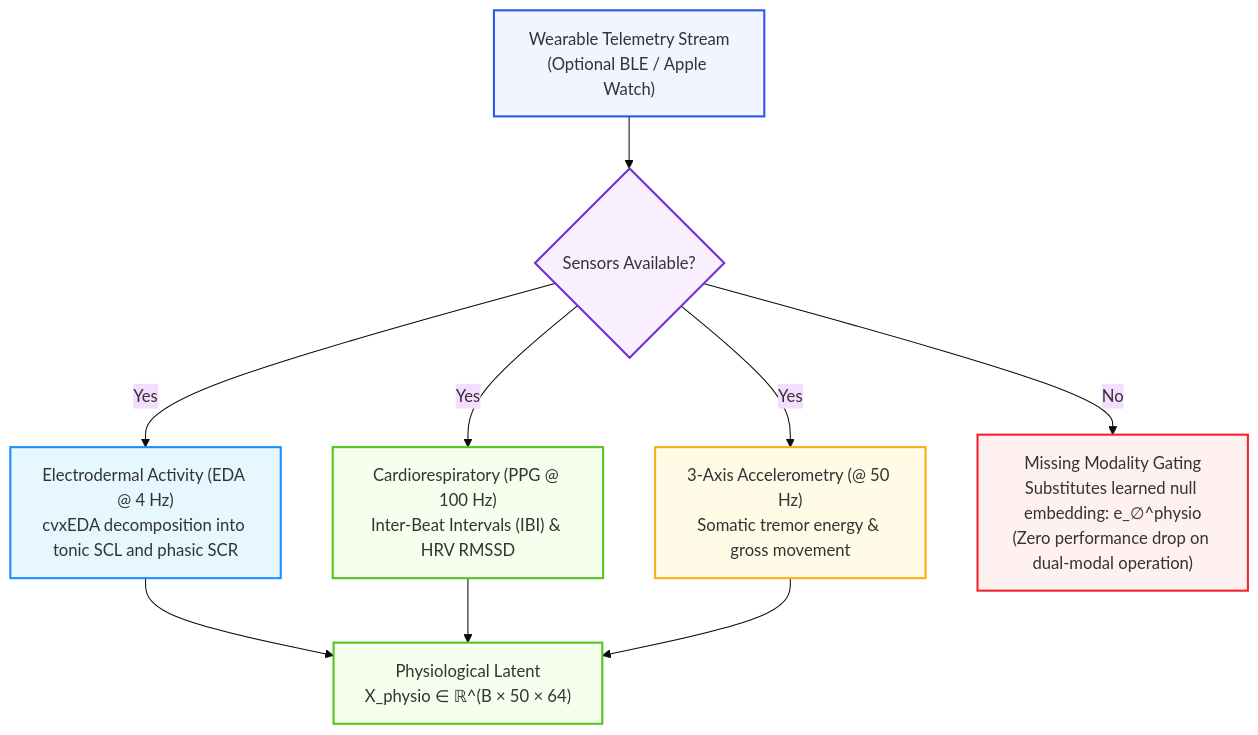
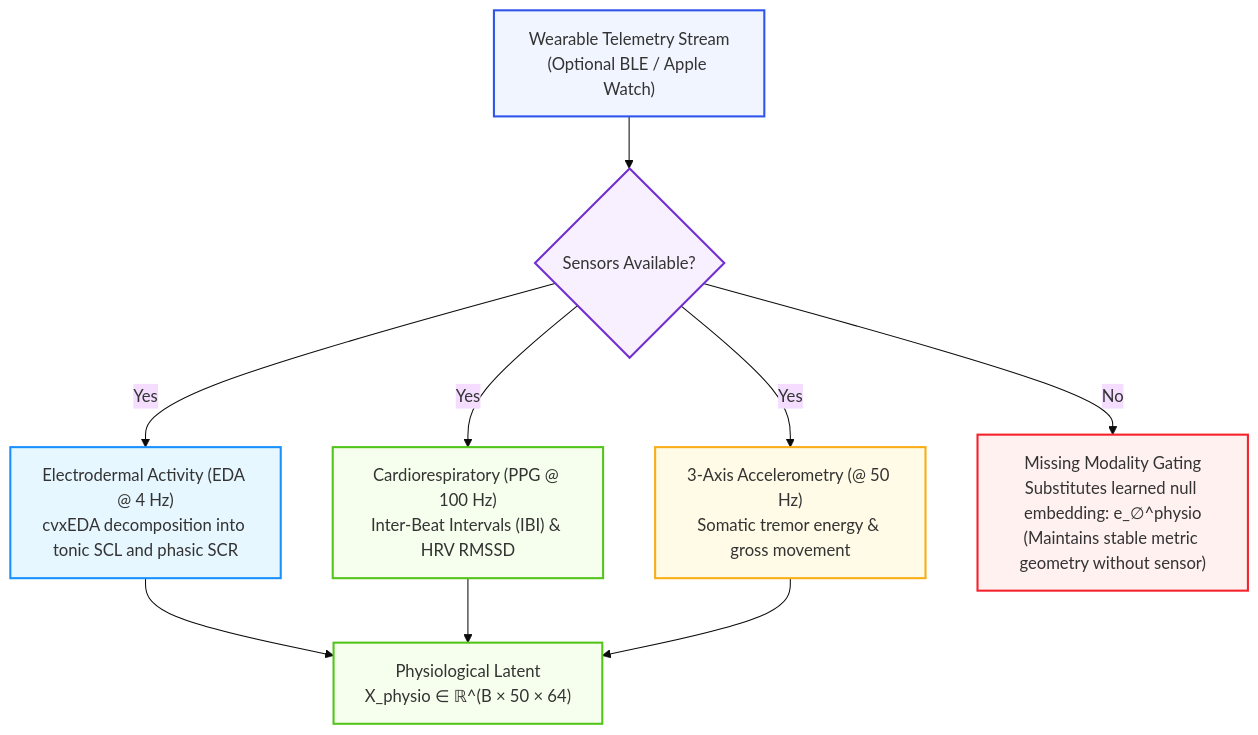
Before and after one commit to olostan/project_n: the fourth of 7 diagrams in DESIGN.md, drawn with Mermaid (base theme). The commit also changed other lines of this file and 10 other files, not shown here.

````diff
--- a/DESIGN.md
+++ b/DESIGN.md
@@ -144,20 +144,20 @@
 ```mermaid
 graph TD
     WearableInput["Wearable Telemetry Stream<br/>(Optional BLE / Apple Watch)"] --> SensorGate{"Sensors Available?"}
 
     SensorGate -- "Yes" --> EDA["Electrodermal Activity (EDA @ 4 Hz)<br/>cvxEDA decomposition into tonic SCL and phasic SCR"]
     SensorGate -- "Yes" --> HRV["Cardiorespiratory (PPG @ 100 Hz)<br/>Inter-Beat Intervals (IBI) & HRV RMSSD"]
     SensorGate -- "Yes" --> Acc["3-Axis Accelerometry (@ 50 Hz)<br/>Somatic tremor energy & gross movement"]
 
     EDA & HRV & Acc --> PhysioLatent["Physiological Latent<br/>X_physio ∈ ℝ^(B × 50 × 64)"]
 
-    SensorGate -- "No" --> NullModality["Missing Modality Gating<br/>Substitutes learned null embedding: e_∅^physio<br/>(Zero performance drop on dual-modal operation)"]
+    SensorGate -- "No" --> NullModality["Missing Modality Gating<br/>Substitutes learned null embedding: e_∅^physio<br/>(Maintains stable metric geometry without sensor)"]
 
     style WearableInput fill:#f0f5ff,stroke:#2f54eb,stroke-width:2px
     style SensorGate fill:#f9f0ff,stroke:#722ed1,stroke-width:2px
     style EDA fill:#e6f7ff,stroke:#1890ff,stroke-width:2px
     style HRV fill:#f6ffed,stroke:#52c41a,stroke-width:2px
     style Acc fill:#fffbe6,stroke:#faad14,stroke-width:2px
     style PhysioLatent fill:#f6ffed,stroke:#52c41a,stroke-width:2px
     style NullModality fill:#fff1f0,stroke:#f5222d,stroke-width:2px
 ```
````
